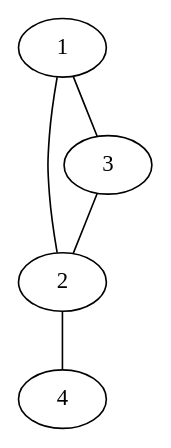
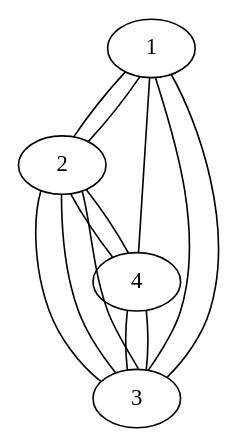
Before and after one commit to beneschmidt/AVA: the diagram in avaServer/resources/graph.gv, drawn with Graphviz. The commit also changed 7 other files, not shown here.

```diff
--- a/avaServer/resources/graph.gv
+++ b/avaServer/resources/graph.gv
@@ -1,6 +1,14 @@
 graph G {
 1 -- 2;
+1 -- 3;
+1 -- 4;
+2 -- 3;
+2 -- 4;
 3 -- 2;
-1 -- 3;
-2 -- 4;
+3 -- 4;
+3 -- 2;
+3 -- 1;
+2 -- 1;
+4 -- 3;
+4 -- 2;
 }
```
